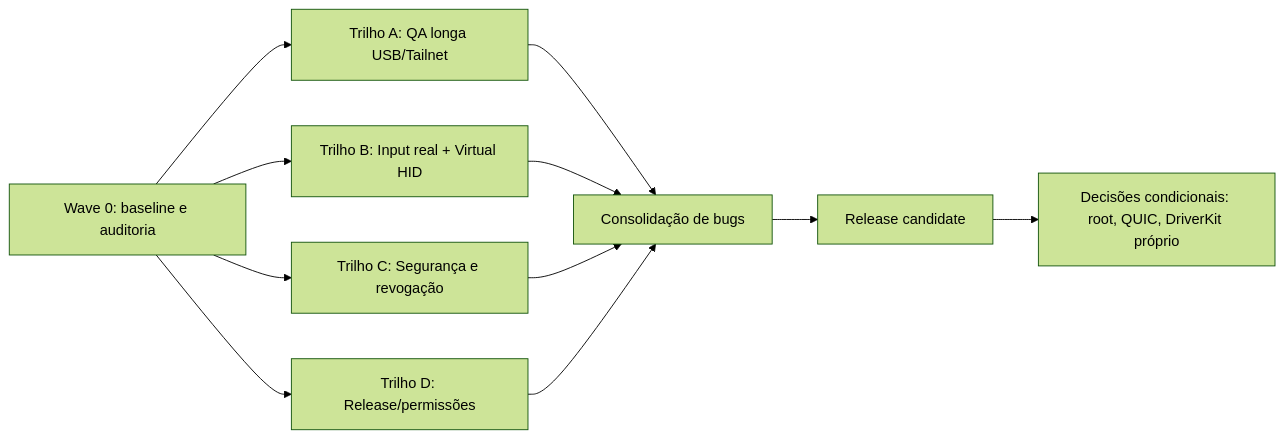
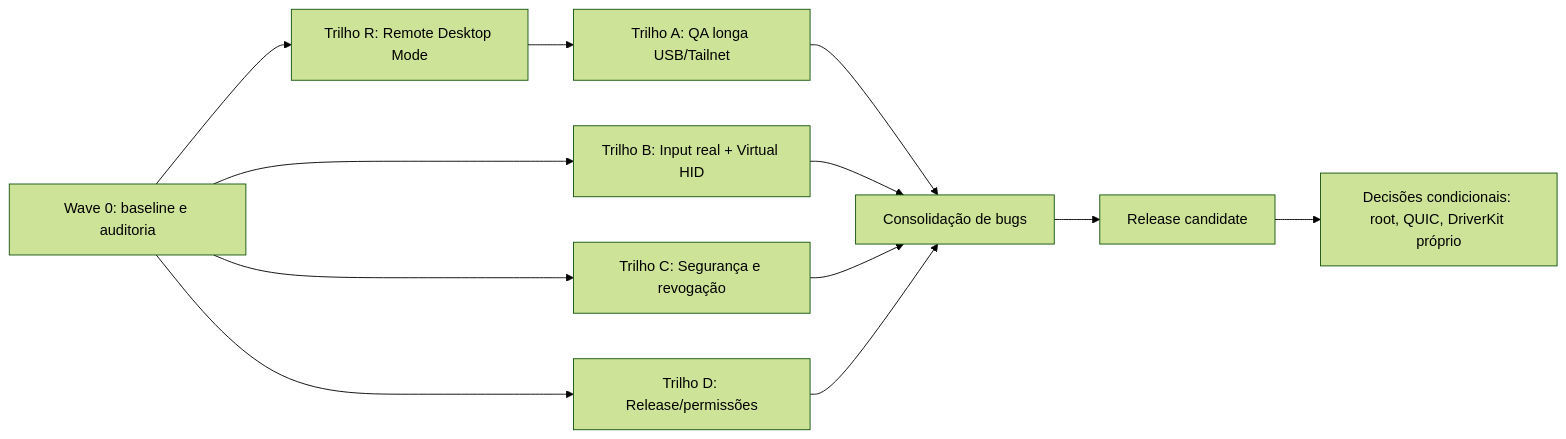
One commit to gabrielMalonso/SideScreen changed the diagram in remote-mac-terminal/remote-mac-terminal-execution-plans-2026-07-01/plano-master-execucao-paralela-2026-07-01.md. Above: the diagram before and after it, drawn with Mermaid (forest theme). The commit also changed other lines of this file and 26 other files, not shown here.

````diff
--- a/remote-mac-terminal/remote-mac-terminal-execution-plans-2026-07-01/plano-master-execucao-paralela-2026-07-01.md
+++ b/remote-mac-terminal/remote-mac-terminal-execution-plans-2026-07-01/plano-master-execucao-paralela-2026-07-01.md
@@ -73,13 +76,14 @@
 ```mermaid
 flowchart LR
-  W0[Wave 0: baseline e auditoria] --> A[Trilho A: QA longa USB/Tailnet]
+  W0[Wave 0: baseline e auditoria] --> R[Trilho R: Remote Desktop Mode]
+  R --> A[Trilho A: QA longa USB/Tailnet]
   W0 --> B[Trilho B: Input real + Virtual HID]
   W0 --> C[Trilho C: Segurança e revogação]
   W0 --> D[Trilho D: Release/permissões]
   A --> E[Consolidação de bugs]
   B --> E
   C --> E
   D --> E
   E --> F[Release candidate]
   F --> G[Decisões condicionais: root, QUIC, DriverKit próprio]
 ```
````
